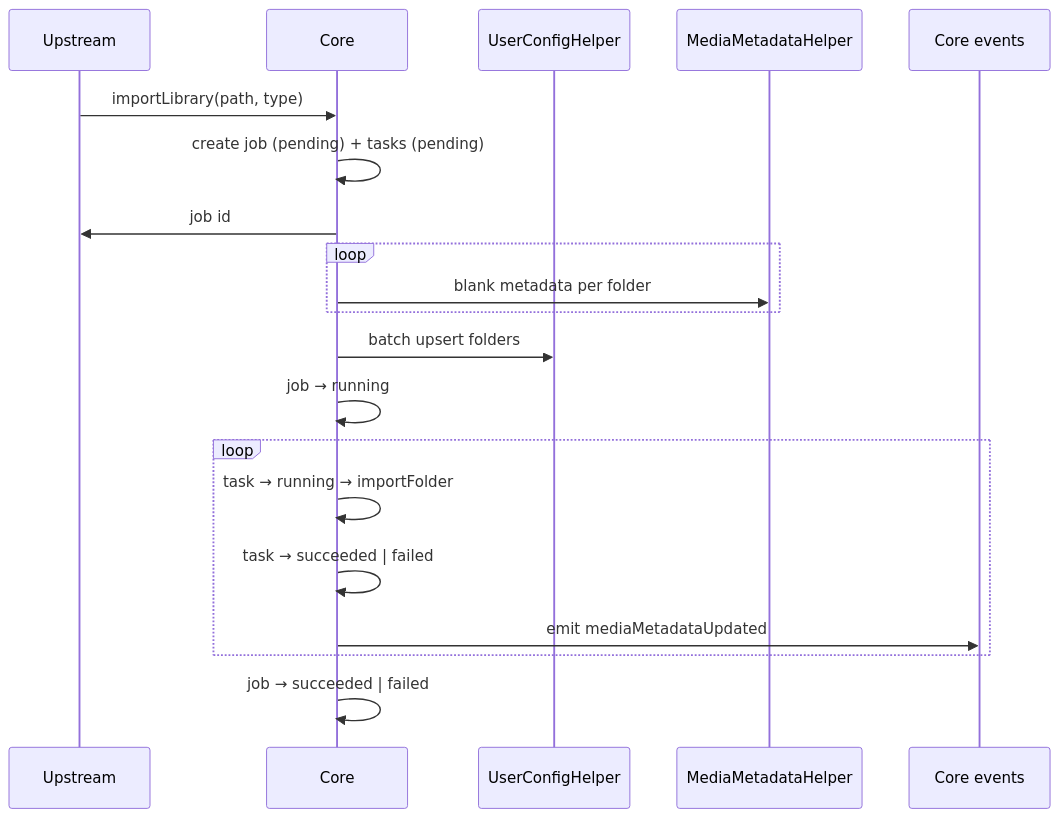
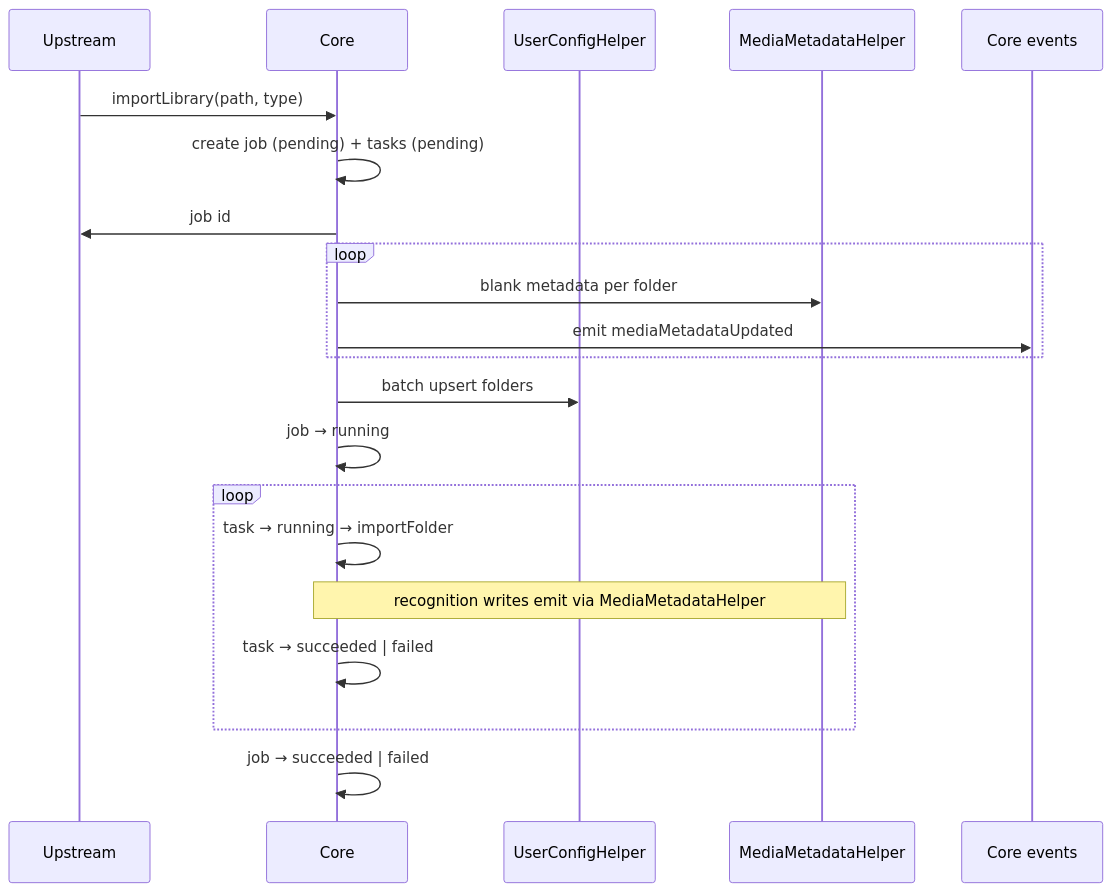
Before and after one commit to lawrenceching/SMM: the first of 2 diagrams in docs/dev/import-library.md, drawn with Mermaid. The commit also changed other lines of this file and 7 other files, not shown here.

First line of the commit message:
fix(core): emit mediaMetadataUpdated from MediaMetadataHelper writes

````diff
--- a/docs/dev/import-library.md
+++ b/docs/dev/import-library.md
@@ -10,23 +10,24 @@
 ```mermaid
 sequenceDiagram
   participant U as Upstream
   participant C as Core
   participant UC as UserConfigHelper
   participant M as MediaMetadataHelper
   participant E as Core events
 
   U->>C: importLibrary(path, type)
   C->>C: create job (pending) + tasks (pending)
   C->>U: job id
   loop #1 prep
     C->>M: blank metadata per folder
+    C->>E: emit mediaMetadataUpdated
   end
   C->>UC: batch upsert folders
   C->>C: job → running
   loop #2 import each folder
     C->>C: task → running → importFolder
+    Note over C,M: recognition writes emit via MediaMetadataHelper
     C->>C: task → succeeded | failed
-    C->>E: emit mediaMetadataUpdated
   end
   C->>C: job → succeeded | failed
 ```
````
